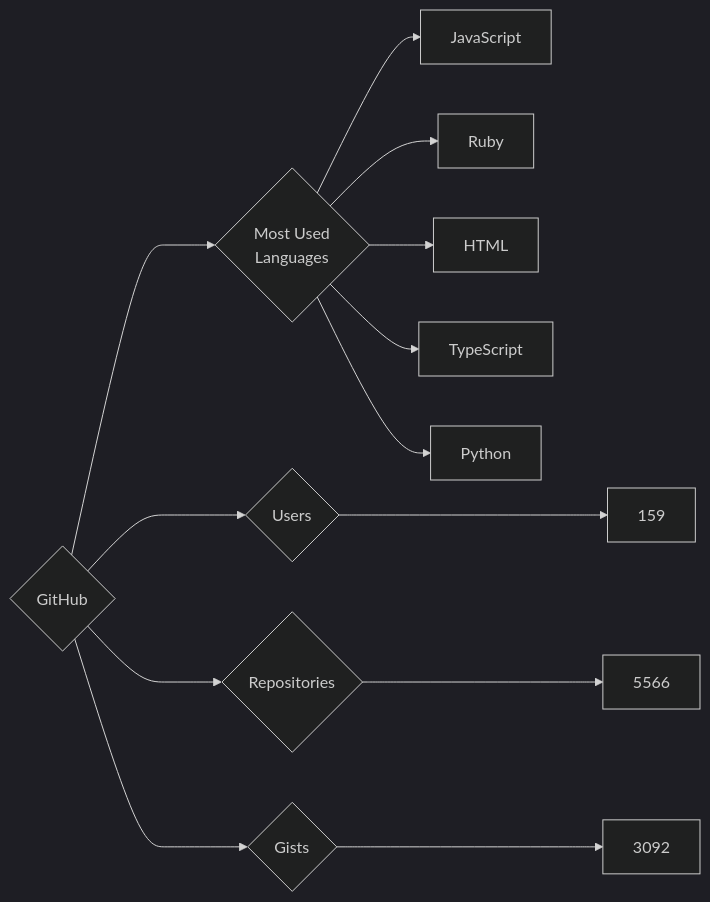
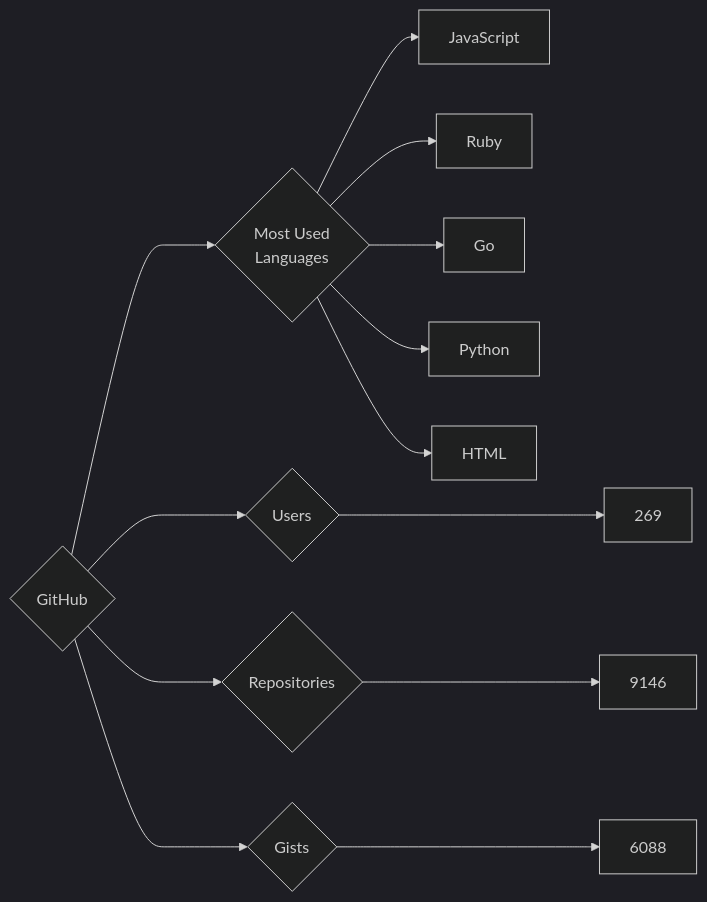
The diagram in targets/GitHub/README.md (trickest/insiders), drawn with Mermaid (dark theme) before and after one commit. The commit also changed 998 other files, not shown here.

````diff
--- a/targets/GitHub/README.md
+++ b/targets/GitHub/README.md
@@ -3,13 +3,13 @@
 ```mermaid
 graph LR
 COMPANY_NAME{GitHub}
-COMPANY_NAME ---> U{Users} ---> UN[159]
-COMPANY_NAME ---> R{Repositories} ---> RN[5566]
-COMPANY_NAME ---> G{Gists} ---> GN[3092]
+COMPANY_NAME ---> U{Users} ---> UN[269]
+COMPANY_NAME ---> R{Repositories} ---> RN[9146]
+COMPANY_NAME ---> G{Gists} ---> GN[6088]
 COMPANY_NAME ---> ML{Most Used<br>Languages}
 ML --> JavaScript[JavaScript]
 ML --> Ruby[Ruby]
+ML --> Go[Go]
+ML --> Python[Python]
 ML --> HTML[HTML]
-ML --> TypeScript[TypeScript]
-ML --> Python[Python]
 ```
````
